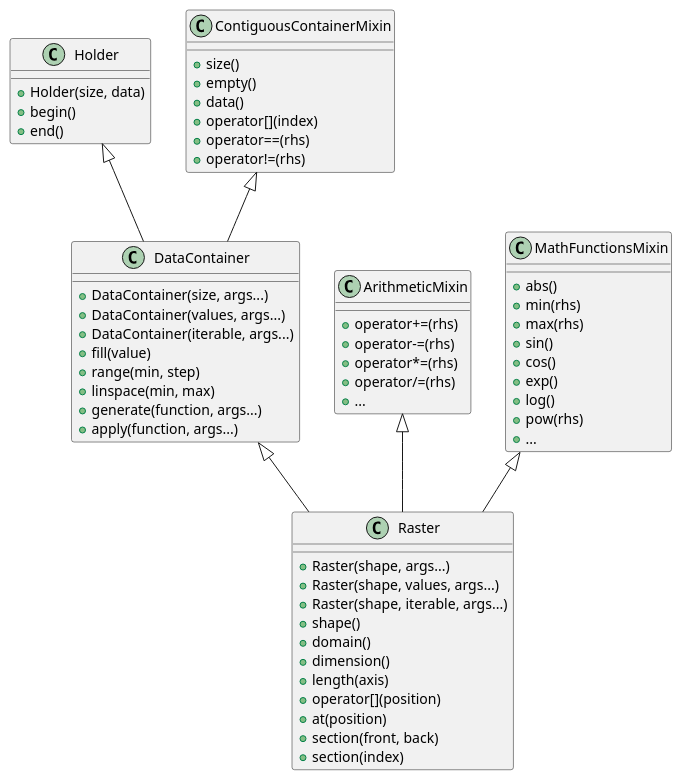
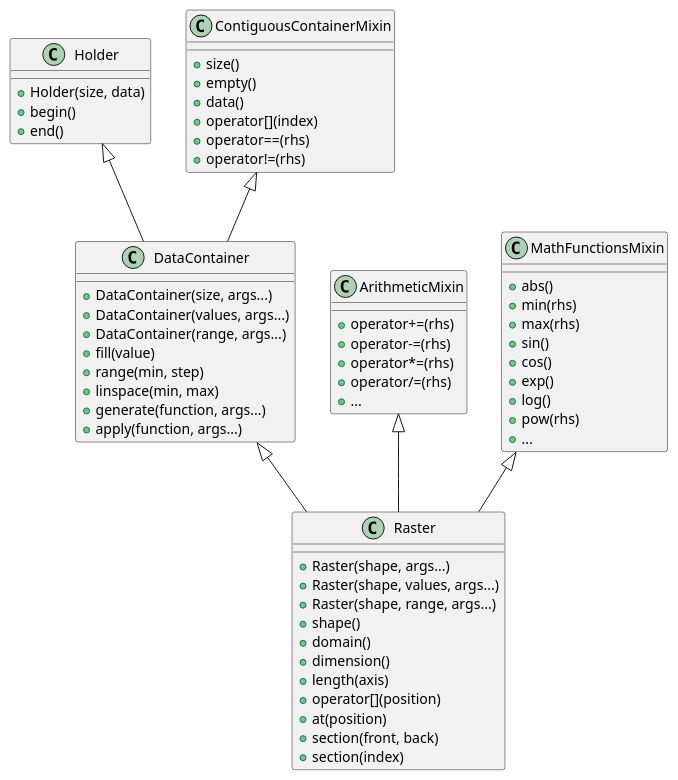
Before and after one commit to kabasset/Linx: the diagram in doc/diagrams/data_classes.puml, drawn with PlantUML. The commit also changed 14 other files, not shown here.

```diff
--- a/doc/diagrams/data_classes.puml
+++ b/doc/diagrams/data_classes.puml
@@ -1,68 +1,68 @@
 @startuml
 
 class Holder {
 + Holder(size, data)
 + begin()
 + end()
 }
 
 class DataContainer {
 + DataContainer(size, args...)
 + DataContainer(values, args...)
-+ DataContainer(iterable, args...)
++ DataContainer(range, args...)
 + fill(value)
 + range(min, step)
 + linspace(min, max)
 + generate(function, args...)
 + apply(function, args...)
 }
 
 class Raster {
 + Raster(shape, args...)
 + Raster(shape, values, args...)
-+ Raster(shape, iterable, args...)
++ Raster(shape, range, args...)
 + shape()
 + domain()
 + dimension()
 + length(axis)
 + operator[](position)
 + at(position)
 + section(front, back)
 + section(index)
 }
 
 class ContiguousContainerMixin {
 + size()
 + empty()
 + data()
 + operator[](index)
 + operator==(rhs)
 + operator!=(rhs)
 }
 
 class ArithmeticMixin {
 + operator+=(rhs)
 + operator-=(rhs)
 + operator*=(rhs)
 + operator/=(rhs)
 + {method}...
 }
 
 class MathFunctionsMixin {
 + abs()
 + min(rhs)
 + max(rhs)
 + sin()
 + cos()
 + exp()
 + log()
 + pow(rhs)
 + {method}...
 }
 
 ContiguousContainerMixin <|-- DataContainer
 Holder <|-- DataContainer
 DataContainer <|-- Raster
 ArithmeticMixin <|-- Raster
 MathFunctionsMixin <|-- Raster
 @enduml
```
